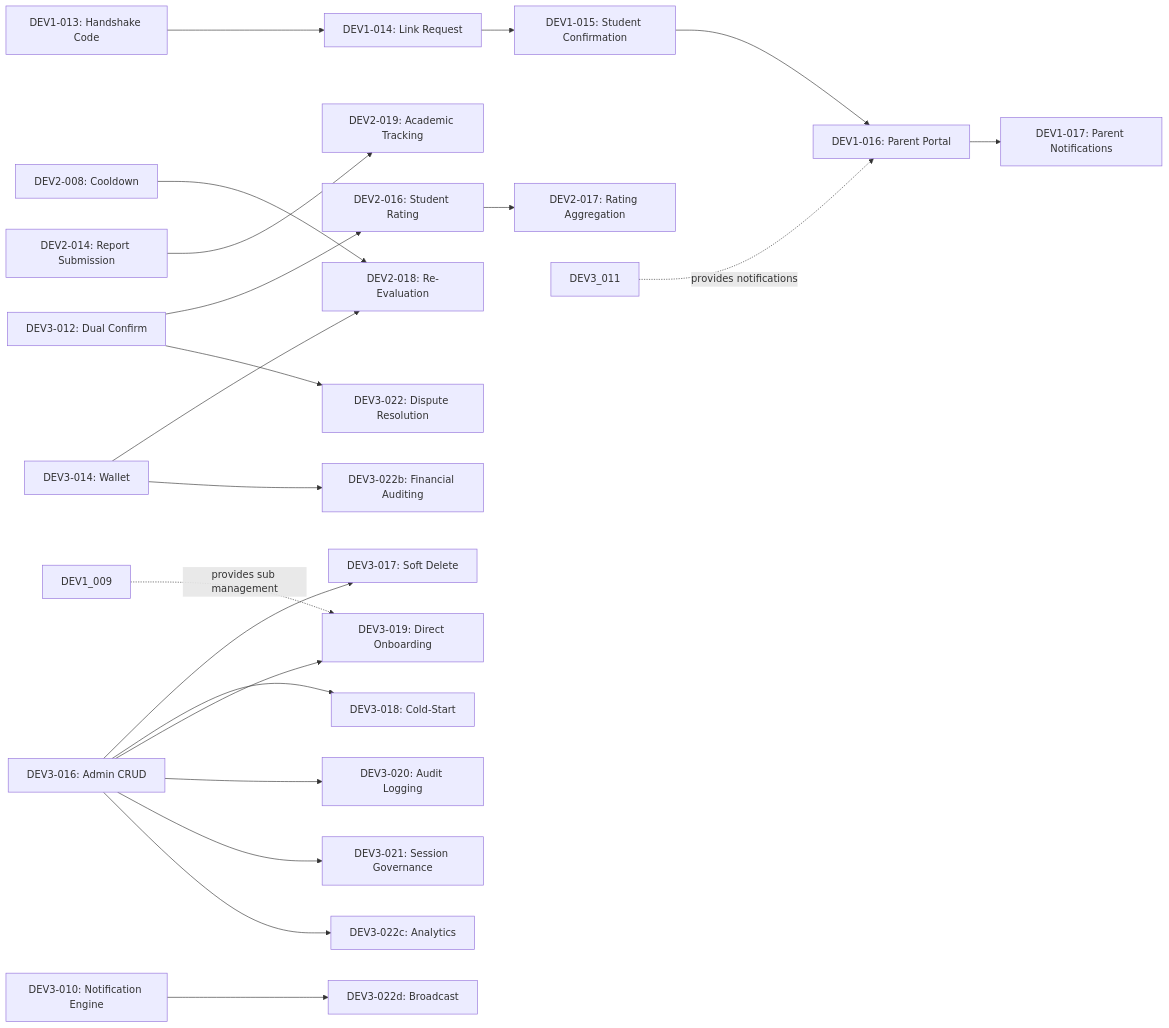
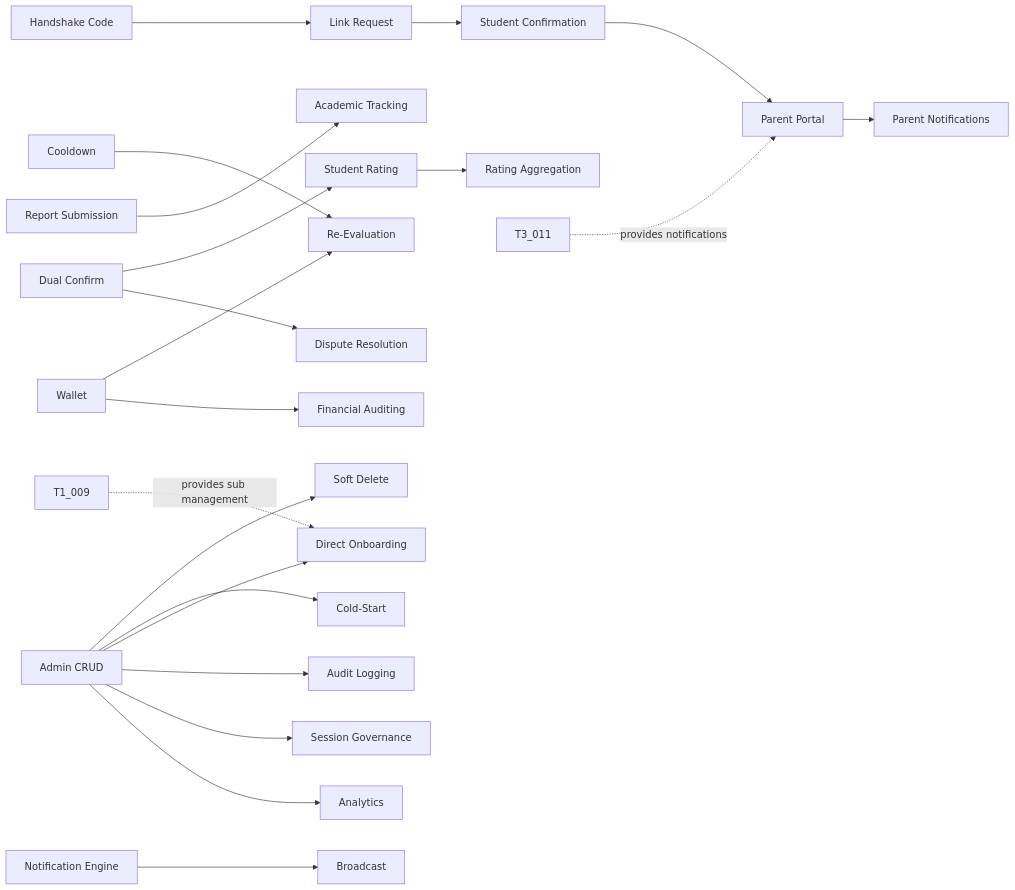
Before and after one commit to kottaby/kottaby: the fourth of 5 diagrams in docs/planning/SPRINT_PLAN.md, drawn with Mermaid. The commit also changed other lines of this file and 515 other files, not shown here.

````diff
--- a/docs/planning/SPRINT_PLAN.md
+++ b/docs/planning/SPRINT_PLAN.md
@@ -312,26 +312,26 @@
 ```mermaid
 graph LR
-    DEV1_013[DEV1-013: Handshake Code] --> DEV1_014[DEV1-014: Link Request]
-    DEV1_014 --> DEV1_015[DEV1-015: Student Confirmation]
-    DEV1_015 --> DEV1_016[DEV1-016: Parent Portal]
-    DEV1_016 --> DEV1_017[DEV1-017: Parent Notifications]
+    T1_013[Handshake Code] --> T1_014[Link Request]
+    T1_014 --> T1_015[Student Confirmation]
+    T1_015 --> T1_016[Parent Portal]
+    T1_016 --> T1_017[Parent Notifications]
 
-    DEV3_012[DEV3-012: Dual Confirm] --> DEV2_016[DEV2-016: Student Rating]
-    DEV2_016 --> DEV2_017[DEV2-017: Rating Aggregation]
-    DEV2_008[DEV2-008: Cooldown] --> DEV2_018[DEV2-018: Re-Evaluation]
-    DEV3_014[DEV3-014: Wallet] --> DEV2_018
-    DEV2_014[DEV2-014: Report Submission] --> DEV2_019[DEV2-019: Academic Tracking]
+    T3_012[Dual Confirm] --> T2_016[Student Rating]
+    T2_016 --> T2_017[Rating Aggregation]
+    T2_008[Cooldown] --> T2_018[Re-Evaluation]
+    T3_014[Wallet] --> T2_018
+    T2_014[Report Submission] --> T2_019[Academic Tracking]
 
-    DEV3_016[DEV3-016: Admin CRUD] --> DEV3_017[DEV3-017: Soft Delete]
-    DEV3_016 --> DEV3_018[DEV3-018: Cold-Start]
-    DEV3_016 --> DEV3_019[DEV3-019: Direct Onboarding]
-    DEV3_016 --> DEV3_020[DEV3-020: Audit Logging]
-    DEV3_016 --> DEV3_021[DEV3-021: Session Governance]
-    DEV3_012 --> DEV3_022[DEV3-022: Dispute Resolution]
-    DEV3_014 --> DEV3_022b[DEV3-022b: Financial Auditing]
-    DEV3_016 --> DEV3_022c[DEV3-022c: Analytics]
-    DEV3_010[DEV3-010: Notification Engine] --> DEV3_022d[DEV3-022d: Broadcast]
+    T3_016[Admin CRUD] --> T3_017[Soft Delete]
+    T3_016 --> T3_018[Cold-Start]
+    T3_016 --> T3_019[Direct Onboarding]
+    T3_016 --> T3_020[Audit Logging]
+    T3_016 --> T3_021[Session Governance]
+    T3_012 --> T3_022[Dispute Resolution]
+    T3_014 --> T3_022b[Financial Auditing]
+    T3_016 --> T3_022c[Analytics]
+    T3_010[Notification Engine] --> T3_022d[Broadcast]
 
-    DEV1_009 -.->|provides sub management| DEV3_019
-    DEV3_011 -.->|provides notifications| DEV1_016
+    T1_009 -.->|provides sub management| T3_019
+    T3_011 -.->|provides notifications| T1_016
 ```
````
